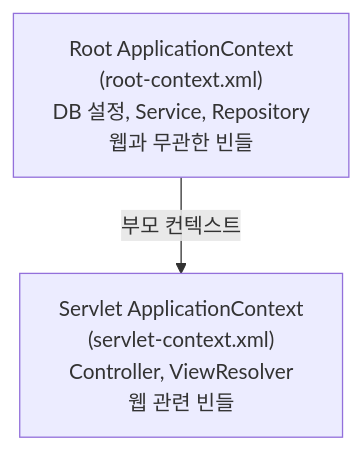
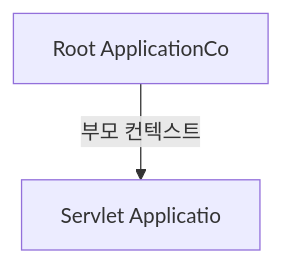
Diagram 13 of 14 in _posts/spring/2026-05-02-spring-mvc-deep.md (yjkim2015/yjkim2015.github.io), drawn with Mermaid before and after one commit. The commit also changed other lines of this file and 271 other files, not shown here.

First line of the commit message:
Mermaid 라벨 축소: 긴 노드 텍스트 18자 이하로 트림 + \n 제거

````diff
--- a/_posts/spring/2026-05-02-spring-mvc-deep.md
+++ b/_posts/spring/2026-05-02-spring-mvc-deep.md
@@ -806,6 +806,6 @@
 ```mermaid
 graph TD
-    ROOT_CTX["Root ApplicationContext\n(root-context.xml)\nDB 설정, Service, Repository\n웹과 무관한 빈들"]
-    SERVLET_CTX["Servlet ApplicationContext\n(servlet-context.xml)\nController, ViewResolver\n웹 관련 빈들"]
+    ROOT_CTX["Root ApplicationCo"]
+    SERVLET_CTX["Servlet Applicatio"]
     ROOT_CTX -->|"부모 컨텍스트"| SERVLET_CTX
 ```
````
